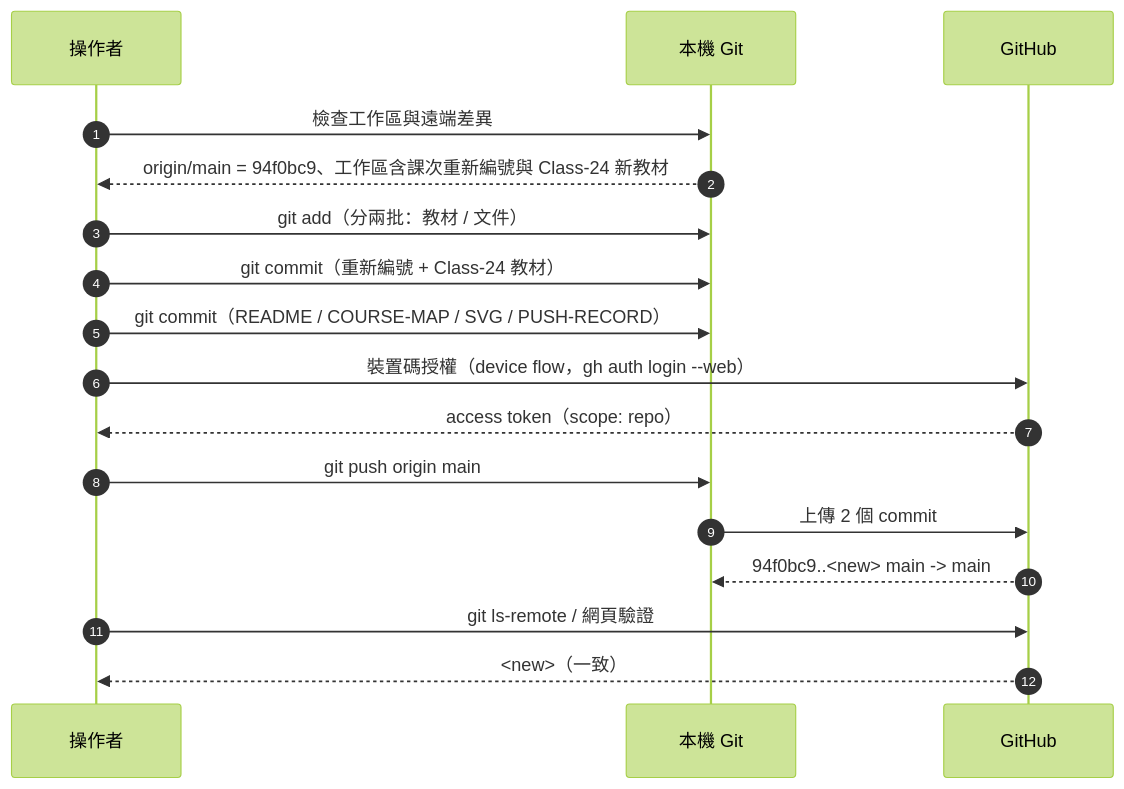
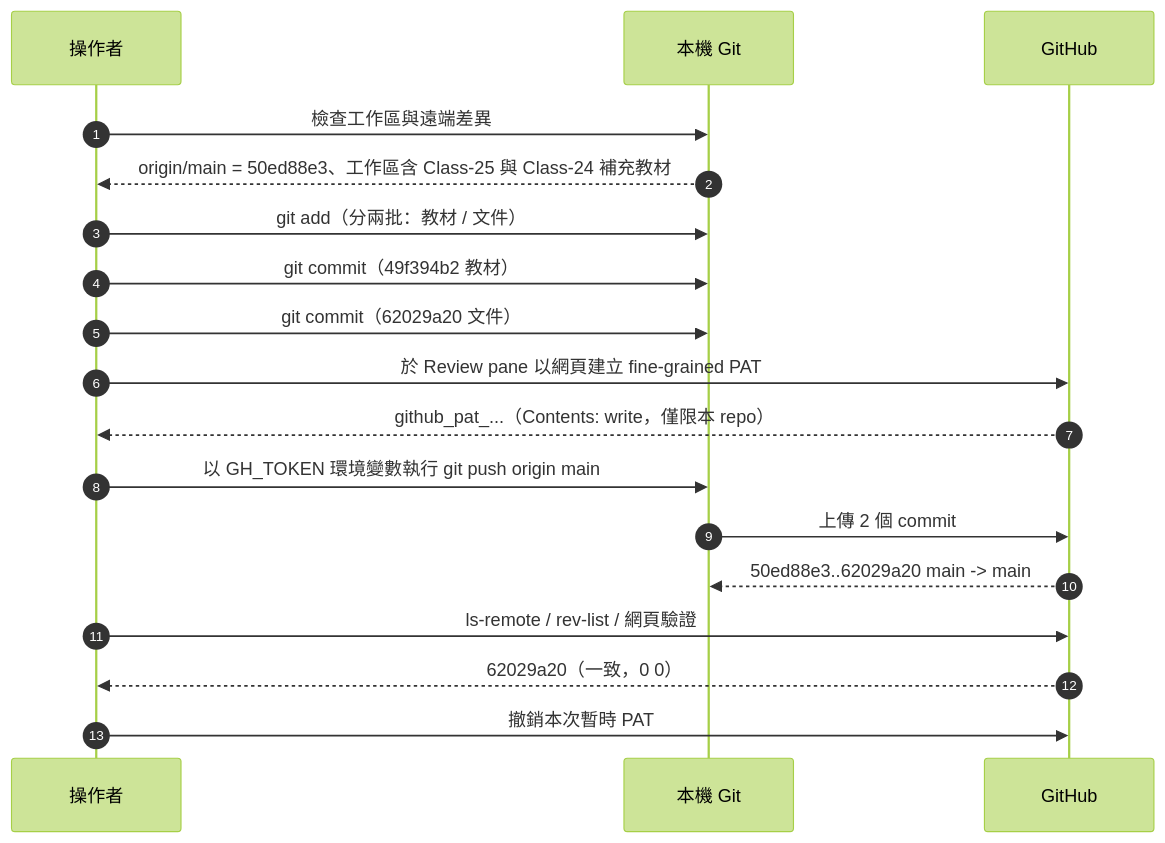
Before and after one commit to yd7148/INDUSTRY-4.0: the third of 4 diagrams in docs/PUSH-RECORD.md, drawn with Mermaid (forest theme). The commit also changed other lines of this file, not shown here.

Commit message:
Finalize push record for 2026-11-17 Class-25 push

````diff
--- a/docs/PUSH-RECORD.md
+++ b/docs/PUSH-RECORD.md
@@ -86,19 +97,20 @@
 ```mermaid
 sequenceDiagram
     autonumber
     participant U as 操作者
     participant G as 本機 Git
     participant H as GitHub
     U->>G: 檢查工作區與遠端差異
-    G-->>U: origin/main = 94f0bc9、工作區含課次重新編號與 Class-24 新教材
+    G-->>U: origin/main = 50ed88e3、工作區含 Class-25 與 Class-24 補充教材
     U->>G: git add（分兩批：教材 / 文件）
-    U->>G: git commit（重新編號 + Class-24 教材）
-    U->>G: git commit（README / COURSE-MAP / SVG / PUSH-RECORD）
-    U->>H: 裝置碼授權（device flow，gh auth login --web）
-    H-->>U: access token（scope: repo）
-    U->>G: git push origin main
+    U->>G: git commit（49f394b2 教材）
+    U->>G: git commit（62029a20 文件）
+    U->>H: 於 Review pane 以網頁建立 fine-grained PAT
+    H-->>U: github_pat_...（Contents: write，僅限本 repo）
+    U->>G: 以 GH_TOKEN 環境變數執行 git push origin main
     G->>H: 上傳 2 個 commit
-    H-->>G: 94f0bc9..<new> main -> main
-    U->>H: git ls-remote / 網頁驗證
-    H-->>U: <new>（一致）
+    H-->>G: 50ed88e3..62029a20 main -> main
+    U->>H: ls-remote / rev-list / 網頁驗證
+    H-->>U: 62029a20（一致，0 0）
+    U->>H: 撤銷本次暫時 PAT
 ```
````
